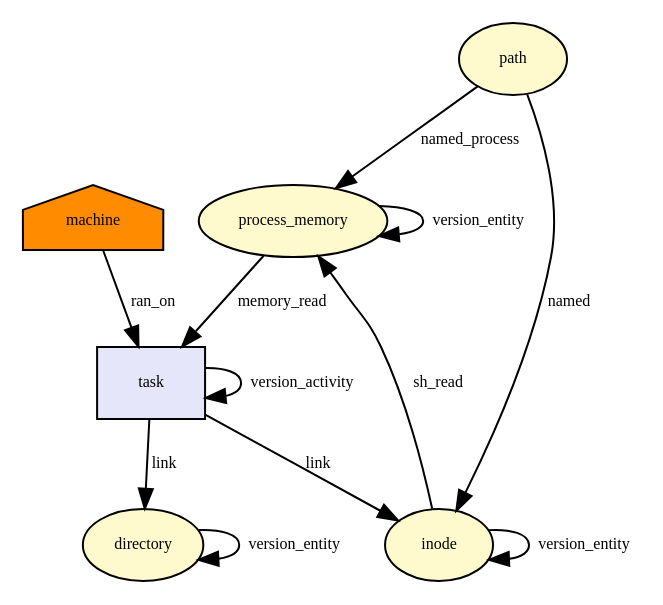
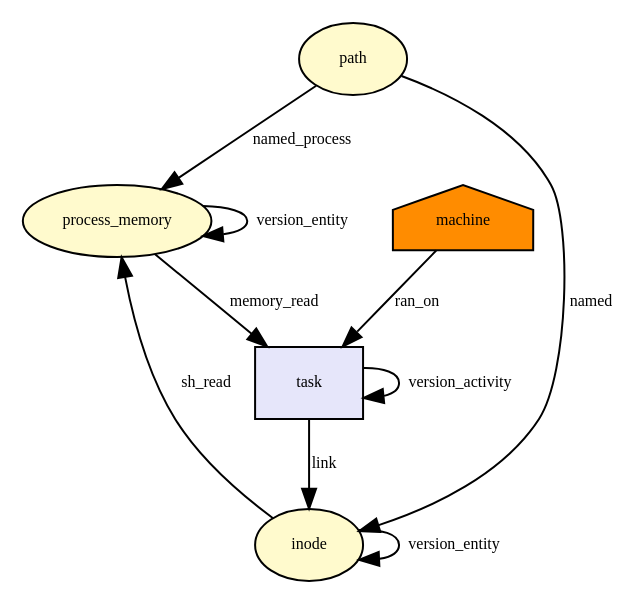
Before and after one commit to CamFlow/camflow-dev: the diagram in docs/dot/inode_rename.dot, drawn with Graphviz. The commit also changed 30 other files, not shown here.

```diff
--- a/docs/dot/inode_rename.dot
+++ b/docs/dot/inode_rename.dot
@@ -1,35 +1,29 @@
 digraph RGL__DirectedAdjacencyGraph {path[fontsize = 8,label = path,shape = ellipse, fillcolor="#fffacd", style = filled]
 
 process_memory[fontsize = 8,label = process_memory,shape = ellipse, fillcolor="#fffacd", style = filled]
 
 path -> process_memory[fontsize = 8,label = named_process]
 
 machine[fontsize = 8,label = machine,shape = house, fillcolor="#ff8c00", style = filled]
 
 task[fontsize = 8,label = task,shape = rectangle, fillcolor="#e6e6fa", style = filled]
 
 machine -> task[fontsize = 8,label = ran_on]
 
 inode[fontsize = 8,label = inode,shape = ellipse, fillcolor="#fffacd", style = filled]
 
 path -> inode[fontsize = 8,label = named]
 
 process_memory -> task[fontsize = 8,label = memory_read]
 
-directory[fontsize = 8,label = directory,shape = ellipse, fillcolor="#fffacd", style = filled]
-
-task -> directory[fontsize = 8,label = link]
+task -> inode[fontsize = 8,label = link]
 
 task -> task[fontsize = 8,label = version_activity]
 
-directory -> directory[fontsize = 8,label = version_entity]
+inode -> inode[fontsize = 8,label = version_entity]
 
 inode -> process_memory[fontsize = 8,label = sh_read]
 
 process_memory -> process_memory[fontsize = 8,label = version_entity]
 
-task -> inode[fontsize = 8,label = link]
-
-inode -> inode[fontsize = 8,label = version_entity]
-
 }
```
